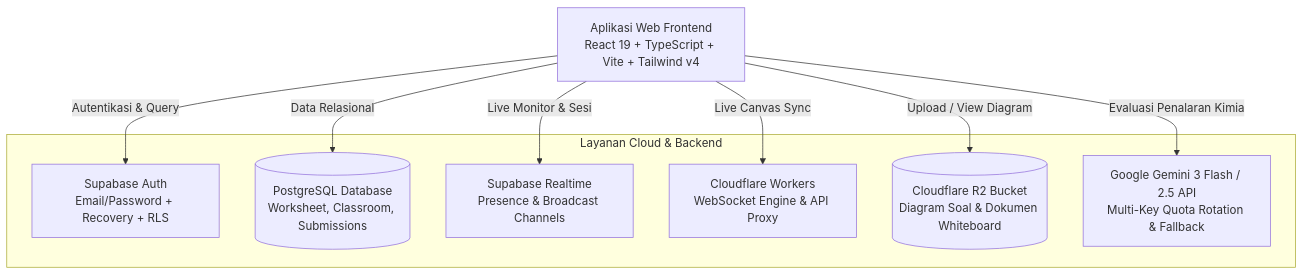
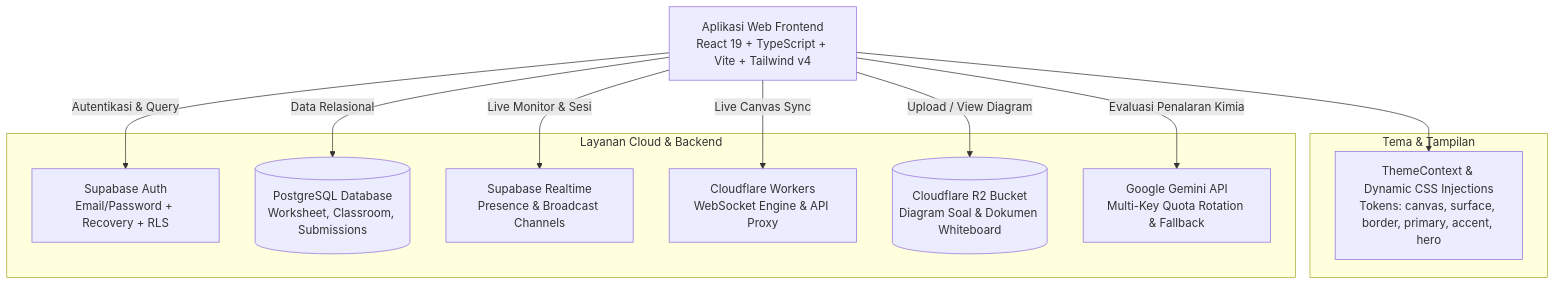
One commit to fluffykitten/osn changed the diagram in README.md. Above: the diagram before and after it, drawn with Mermaid. The commit also changed other lines of this file and 29 other files, not shown here.

Commit message:
feat: add dynamic theme studio, theme-aware syllabus maps, landing page refinements, and update README

````diff
--- a/README.md
+++ b/README.md
@@ -130,22 +151,27 @@
 ```mermaid
 graph TD
     Client[Aplikasi Web Frontend\nReact 19 + TypeScript + Vite + Tailwind v4]
+    
+    subgraph Tema & Tampilan
+        ThemeEngine[ThemeContext & Dynamic CSS Injections\nTokens: canvas, surface, border, primary, accent, hero]
+    end
     
     subgraph Layanan Cloud & Backend
         SB_Auth[Supabase Auth\nEmail/Password + Recovery + RLS]
         SB_DB[(PostgreSQL Database\nWorksheet, Classroom, Submissions)]
         SB_RT[Supabase Realtime\nPresence & Broadcast Channels]
         
         CF_Worker[Cloudflare Workers\nWebSocket Engine & API Proxy]
         CF_R2[(Cloudflare R2 Bucket\nDiagram Soal & Dokumen Whiteboard)]
         
-        Gemini[Google Gemini 3 Flash / 2.5 API\nMulti-Key Quota Rotation & Fallback]
+        Gemini[Google Gemini API\nMulti-Key Quota Rotation & Fallback]
     end
     
+    Client --> ThemeEngine
     Client -->|Autentikasi & Query| SB_Auth
     Client -->|Data Relasional| SB_DB
     Client -->|Live Monitor & Sesi| SB_RT
     Client -->|Live Canvas Sync| CF_Worker
     Client -->|Upload / View Diagram| CF_R2
     Client -->|Evaluasi Penalaran Kimia| Gemini
 ```
````
